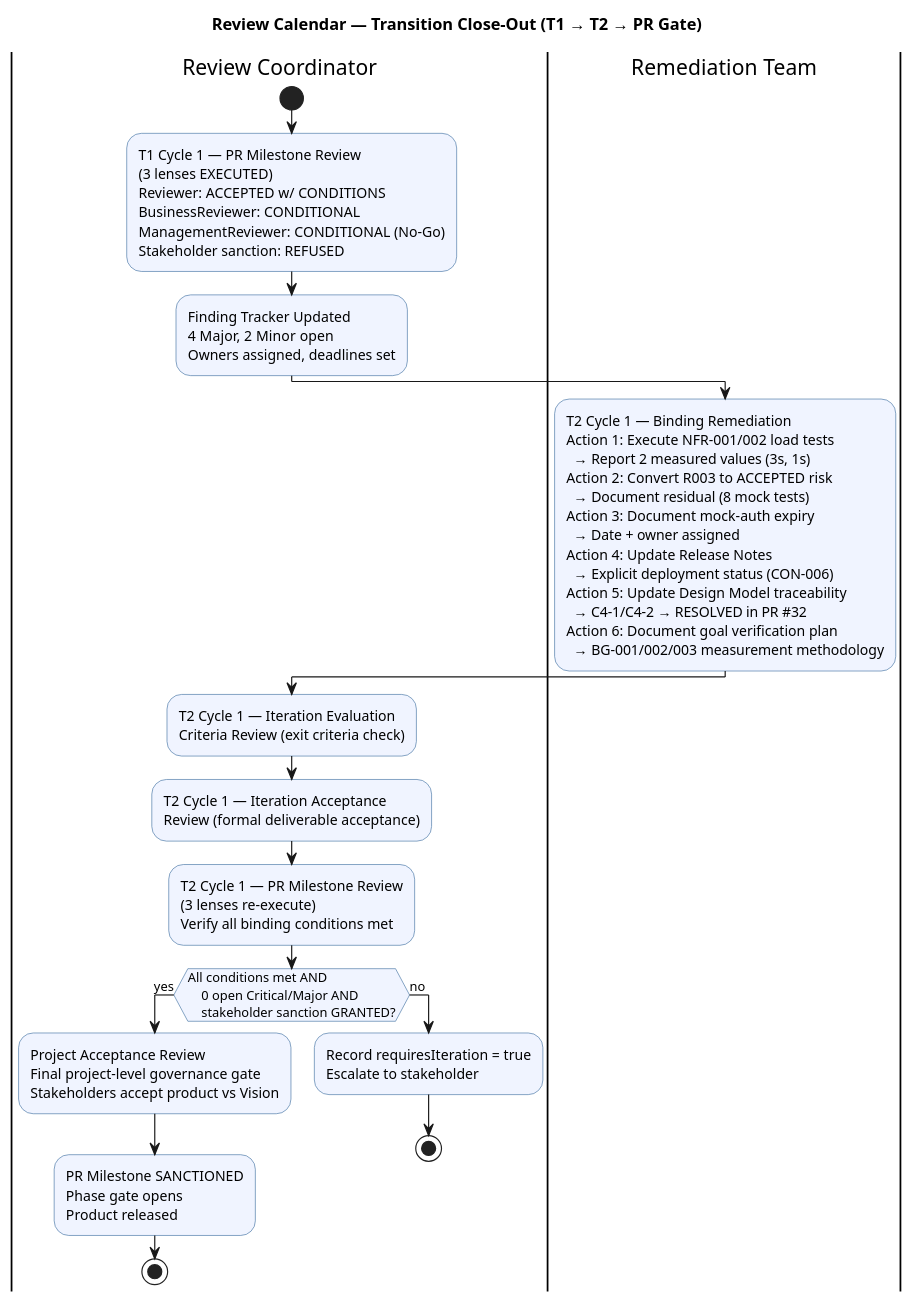
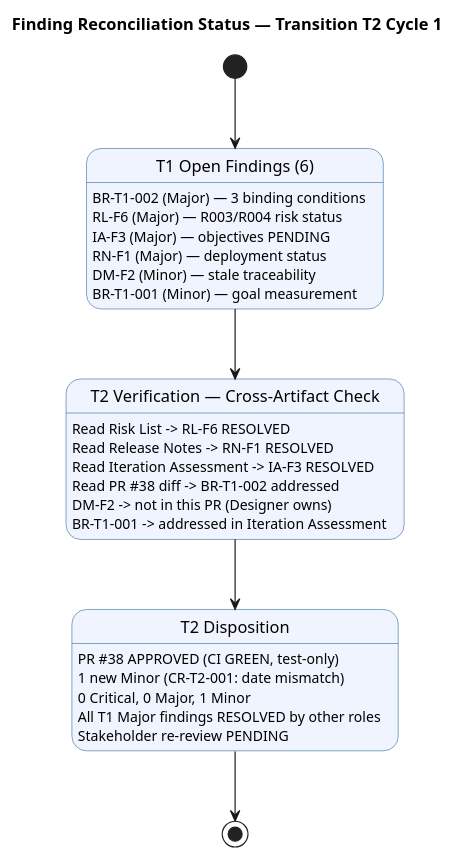
One commit to banense-test/portal-cuba-corp changed the third of 4 diagrams in docs/artifacts/project-management/review-record.md. Above: the diagram before and after it, drawn with PlantUML. The commit also changed other lines of this file, not shown here.

First line of the commit message:
Code Reviewer [T2]: upsert Review Record

````diff
--- a/docs/artifacts/project-management/review-record.md
+++ b/docs/artifacts/project-management/review-record.md
@@ -76,66 +198,44 @@
 ```plantuml
 @startuml
-title Review Calendar — Transition Close-Out (T1 → T2 → PR Gate)
+title Finding Reconciliation Status — Transition T2 Cycle 1
 
-skinparam activityBackgroundColor #F0F4FF
-skinparam activityBorderColor #336699
+skinparam stateBackgroundColor #F0F4FF
+skinparam stateBorderColor #336699
 skinparam shadowing false
 
-|Review Coordinator|
-start
-:T1 Cycle 1 — PR Milestone Review
-(3 lenses EXECUTED)
-Reviewer: ACCEPTED w/ CONDITIONS
-BusinessReviewer: CONDITIONAL
-ManagementReviewer: CONDITIONAL (No-Go)
-Stakeholder sanction: REFUSED;
+[*] --> T1_Findings
 
-:Finding Tracker Updated
-4 Major, 2 Minor open
-Owners assigned, deadlines set;
+state "T1 Open Findings (6)" as T1_Findings {
+  T1_Findings : BR-T1-002 (Major) — 3 binding conditions
+  T1_Findings : RL-F6 (Major) — R003/R004 risk status
+  T1_Findings : IA-F3 (Major) — objectives PENDING
+  T1_Findings : RN-F1 (Major) — deployment status
+  T1_Findings : DM-F2 (Minor) — stale traceability
+  T1_Findings : BR-T1-001 (Minor) — goal measurement
+}
 
-|Remediation Team|
-:T2 Cycle 1 — Binding Remediation
-Action 1: Execute NFR-001/002 load tests
-  → Report 2 measured values (3s, 1s)
-Action 2: Convert R003 to ACCEPTED risk
-  → Document residual (8 mock tests)
-Action 3: Document mock-auth expiry
-  → Date + owner assigned
-Action 4: Update Release Notes
-  → Explicit deployment status (CON-006)
-Action 5: Update Design Model traceability
-  → C4-1/C4-2 → RESOLVED in PR #32
-Action 6: Document goal verification plan
-  → BG-001/002/003 measurement methodology;
+T1_Findings --> T2_Verification
 
-|Review Coordinator|
-:T2 Cycle 1 — Iteration Evaluation
-Criteria Review (exit criteria check);
+state "T2 Verification — Cross-Artifact Check" as T2_Verification {
+  T2_Verification : Read Risk List -> RL-F6 RESOLVED
+  T2_Verification : Read Release Notes -> RN-F1 RESOLVED
+  T2_Verification : Read Iteration Assessment -> IA-F3 RESOLVED
+  T2_Verification : Read PR #38 diff -> BR-T1-002 addressed
+  T2_Verification : DM-F2 -> not in this PR (Designer owns)
+  T2_Verification : BR-T1-001 -> addressed in Iteration Assessment
+}
 
-:T2 Cycle 1 — Iteration Acceptance
-Review (formal deliverable acceptance);
+T2_Verification --> T2_Disposition
 
-:T2 Cycle 1 — PR Milestone Review
-(3 lenses re-execute)
-Verify all binding conditions met;
+state "T2 Disposition" as T2_Disposition {
+  T2_Disposition : PR #38 APPROVED (CI GREEN, test-only)
+  T2_Disposition : 1 new Minor (CR-T2-001: date mismatch)
+  T2_Disposition : 0 Critical, 0 Major, 1 Minor
+  T2_Disposition : All T1 Major findings RESOLVED by other roles
+  T2_Disposition : Stakeholder re-review PENDING
+}
 
-if (All conditions met AND
-    0 open Critical/Major AND
-    stakeholder sanction GRANTED?) then (yes)
-  :Project Acceptance Review
-  Final project-level governance gate
-  Stakeholders accept product vs Vision;
-
-  :PR Milestone SANCTIONED
-  Phase gate opens
-  Product released;
-  stop
-else (no)
-  :Record requiresIteration = true
-  Escalate to stakeholder;
-  stop
-endif
+T2_Disposition --> [*]
 
 @enduml
 ```
````
